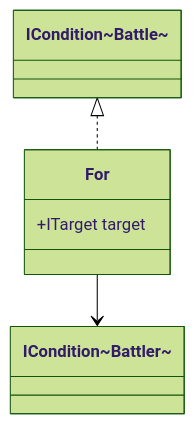
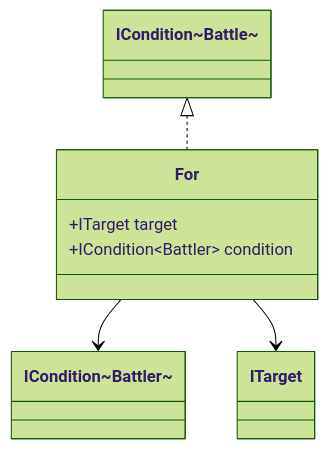
The ninth of 10 diagrams in posts/oop-pokemon/oop-pokemon-2.md (kimmandoo/blog), drawn with Mermaid (forest theme) before and after one commit. The commit also changed other lines of this file and 40 other files, not shown here.

````diff
--- a/posts/oop-pokemon/oop-pokemon-2.md
+++ b/posts/oop-pokemon/oop-pokemon-2.md
@@ -293,12 +260,14 @@
 ```mermaid
 classDiagram
     class For {
         +ITarget target
+        +ICondition~Battler~ condition
     }
 
     class IConditionBattle["ICondition~Battle~"]
     class IConditionBattler["ICondition~Battler~"]
 
     IConditionBattle <|.. For
     For --> IConditionBattler
+    For --> ITarget
 ```
````
